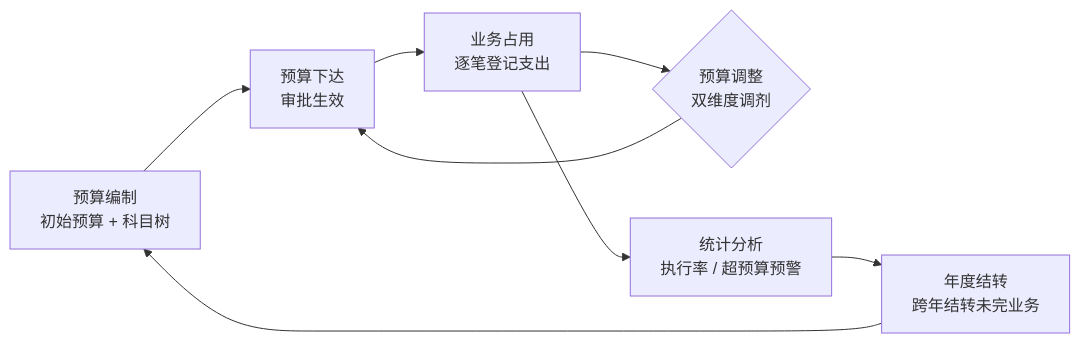
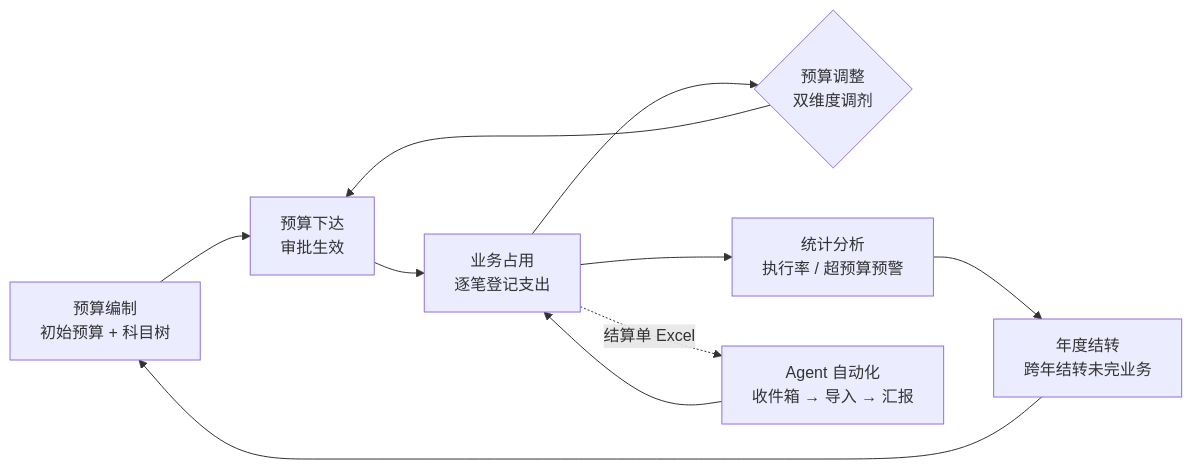
One commit to zweien/budget-management changed the diagram in README.md. Above: the diagram before and after it, drawn with Mermaid. The commit also changed other lines of this file, not shown here.

Commit message:
docs: 更新 README 至 v0.10.0(agent 自动化/结算单导入/API 凭证/结构计数)

````diff
--- a/README.md
+++ b/README.md
@@ -43,10 +44,12 @@
 ```mermaid
 flowchart LR
     A[预算编制<br/>初始预算 + 科目树] --> B[预算下达<br/>审批生效]
     B --> C[业务占用<br/>逐笔登记支出]
     C --> D{预算调整<br/>双维度调剂}
     D --> B
     C --> E[统计分析<br/>执行率 / 超预算预警]
     E --> F[年度结转<br/>跨年结转未完业务]
     F --> A
+    C -.结算单 Excel.-> G[Agent 自动化<br/>收件箱 → 导入 → 汇报]
+    G --> C
 ```
````
